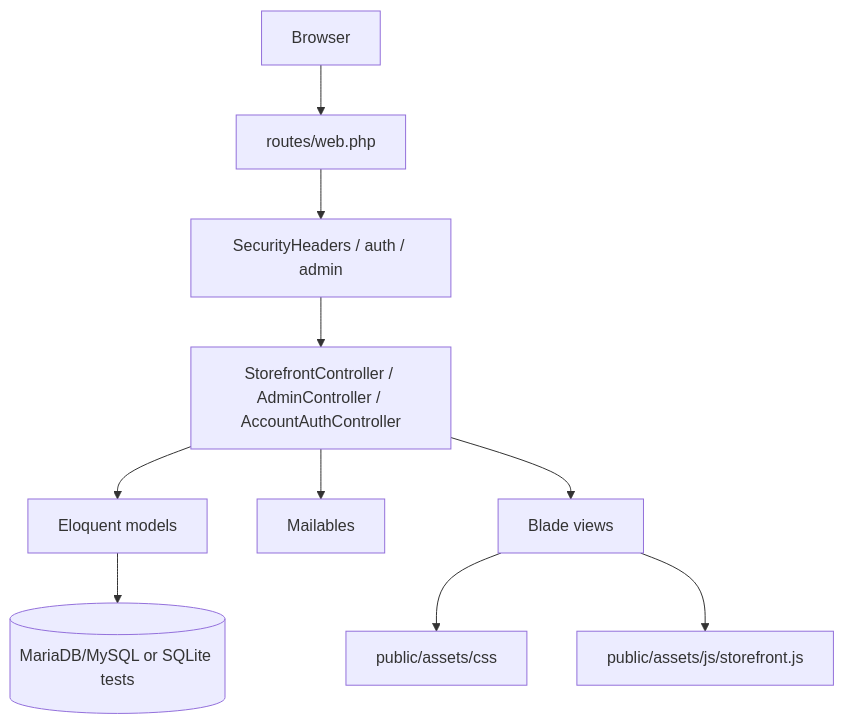
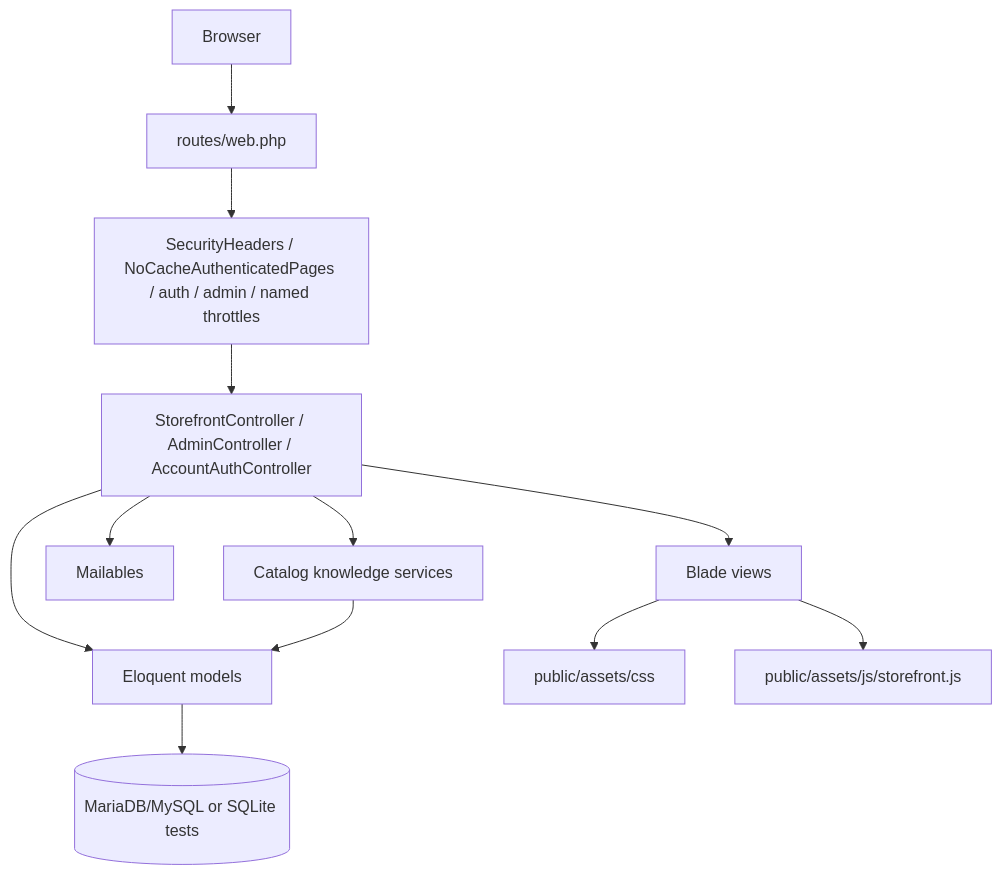
Before and after one commit to vesaaas/lumina-beauty: the diagram in docs/ARCHITECTURE.md, drawn with Mermaid. The commit also changed other lines of this file and 21 other files, not shown here.

````diff
--- a/docs/ARCHITECTURE.md
+++ b/docs/ARCHITECTURE.md
@@ -7,12 +7,14 @@
 ```mermaid
 flowchart TD
     Browser --> Routes[routes/web.php]
-    Routes --> Middleware[SecurityHeaders / auth / admin]
+    Routes --> Middleware[SecurityHeaders / NoCacheAuthenticatedPages / auth / admin / named throttles]
     Middleware --> Controllers[StorefrontController / AdminController / AccountAuthController]
+    Controllers --> CatalogServices[Catalog knowledge services]
     Controllers --> Models[Eloquent models]
+    CatalogServices --> Models
     Controllers --> Mail[Mailables]
     Models --> DB[(MariaDB/MySQL or SQLite tests)]
     Controllers --> Blade[Blade views]
     Blade --> CSS[public/assets/css]
     Blade --> JS[public/assets/js/storefront.js]
 ```
````
